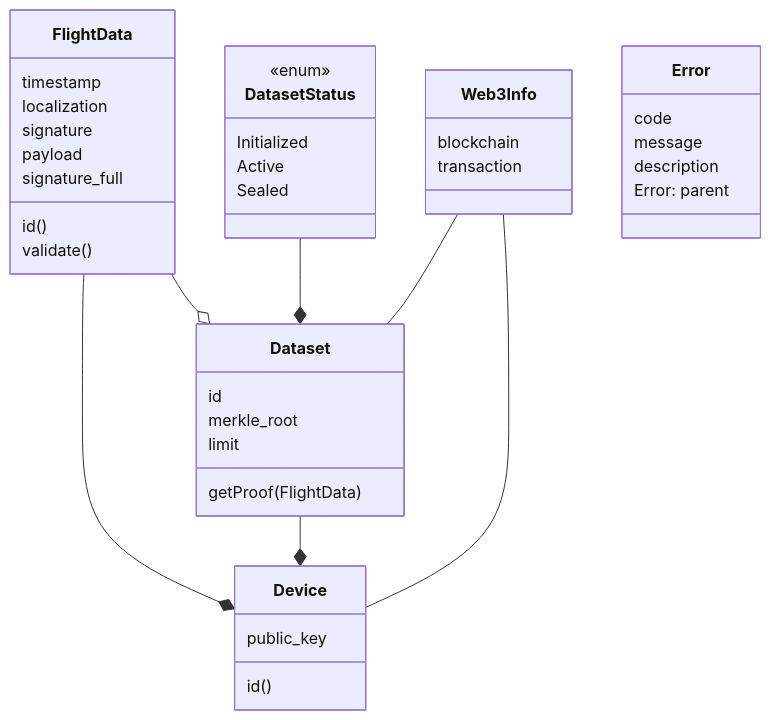
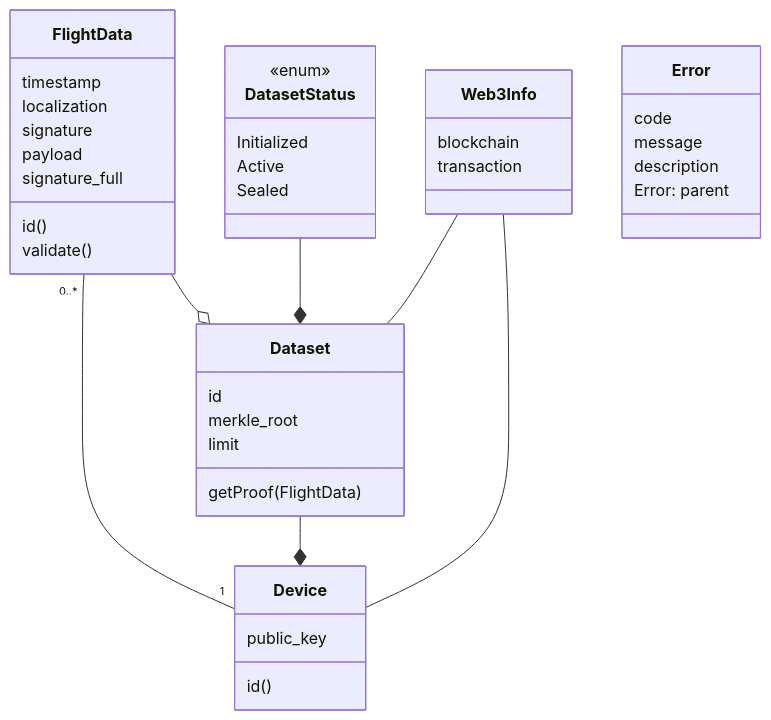
The diagram in README.md (russanto/bitacora), drawn with Mermaid before and after one commit.

Commit message:
Update Class relation in doc

````diff
--- a/README.md
+++ b/README.md
@@ -7,50 +7,50 @@
 ```mermaid
 classDiagram
     class FlightData {
         timestamp
         localization
         signature
         payload
         signature_full
         id()
         validate()
     }
 
     class Device {
         public_key
         id()
     }
 
     class Dataset {
         id
         merkle_root
         limit
         getProof(FlightData)
     }
 
     class DatasetStatus {
         <<enum>>
         Initialized
         Active
         Sealed
     }
 
     class Web3Info {
         blockchain
         transaction
     }
 
     class Error {
         code
         message
         description
         Error: parent
     }
 
     FlightData --o Dataset
-    FlightData --* Device
+    FlightData "0..*" -- "1" Device
     Dataset --* Device
     DatasetStatus --* Dataset
     Web3Info -- Device
     Web3Info -- Dataset
 ```
````
